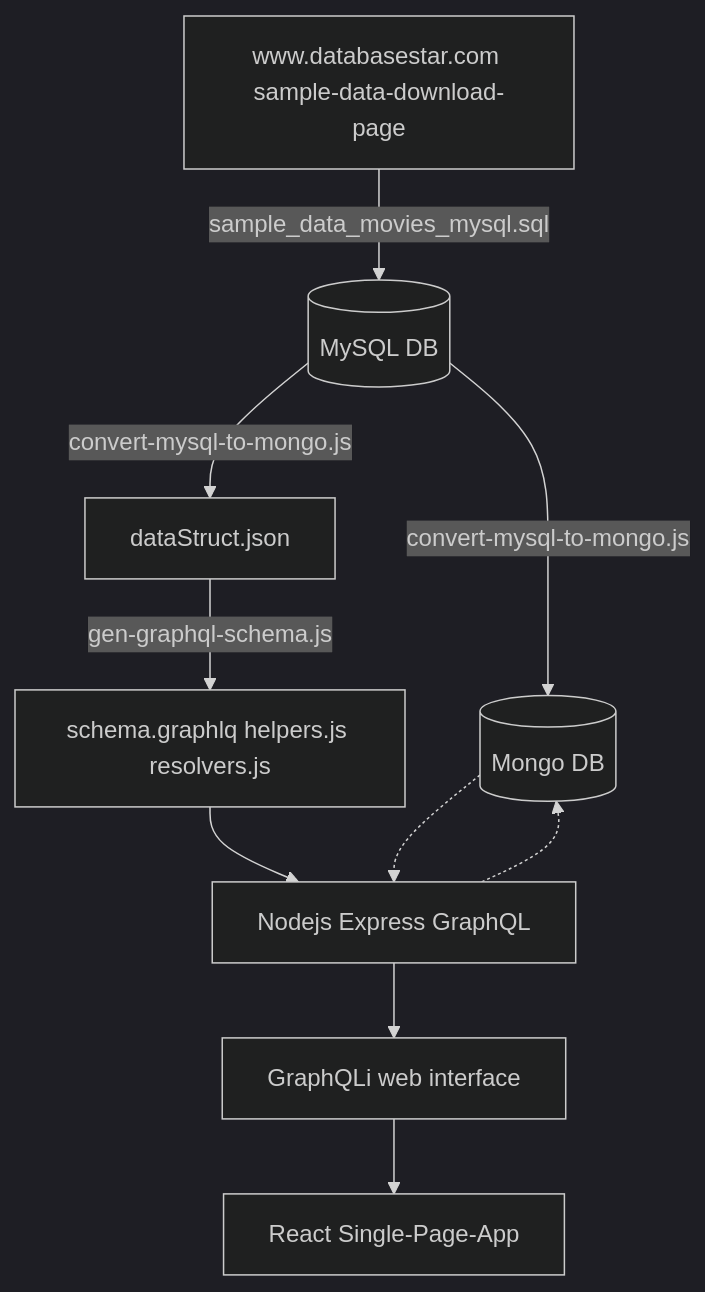
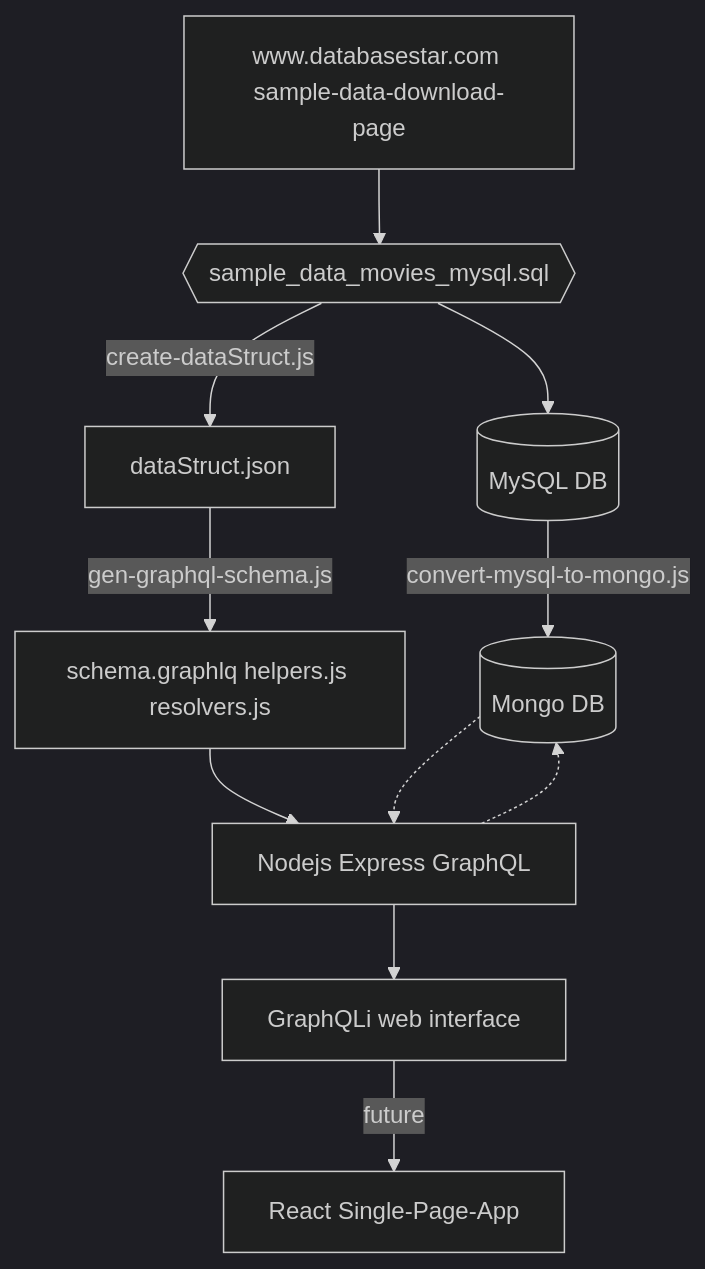
One commit to martinjackson/talks-CAJS-2021-Dec changed the diagram in README.md. Above: the diagram before and after it, drawn with Mermaid (dark theme).

Commit message:
diagram completed

````diff
--- a/README.md
+++ b/README.md
@@ -39,12 +39,13 @@
 ```mermaid
 graph TD;
-    A[www.databasestar.com sample-data-download-page] -->|sample_data_movies_mysql.sql| C[(MySQL DB)];
+    A[www.databasestar.com sample-data-download-page] --> M{{sample_data_movies_mysql.sql}};
+    M --> C[(MySQL DB)];
     C -->|convert-mysql-to-mongo.js| D[(Mongo DB)];
-    C -->|convert-mysql-to-mongo.js| E[dataStruct.json];
+    M -->|create-dataStruct.js| E[dataStruct.json];
     E -->|gen-graphql-schema.js| F[schema.graphlq helpers.js resolvers.js];
     F --> G[Nodejs Express GraphQL]
     G --> H[GraphQLi web interface]
-    H --> I[React Single-Page-App]
+    H -->|future| I[React Single-Page-App]
     D -.-> G
     G -.-> D
 ```
````
